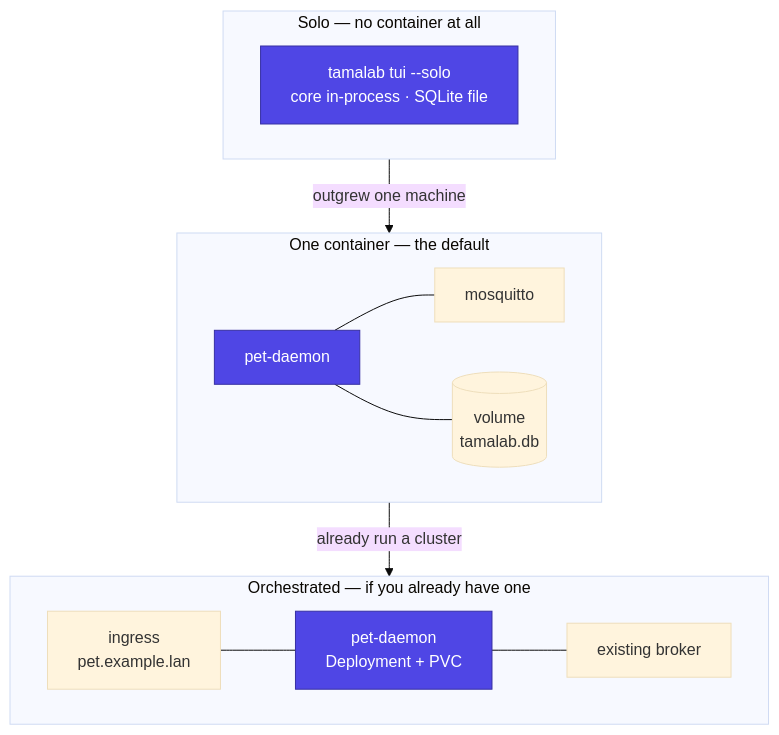
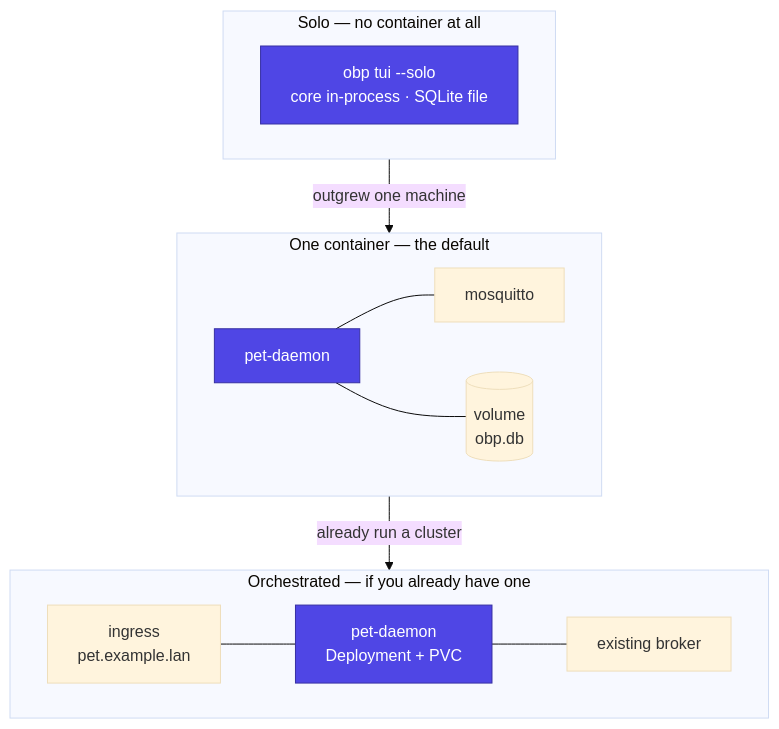
The first of 3 diagrams in docs/architecture/deployment.md (jcarranz97/open-body-protocol), drawn with Mermaid (base theme) before and after one commit. The commit also changed other lines of this file and 33 other files, not shown here.

````diff
--- a/docs/architecture/deployment.md
+++ b/docs/architecture/deployment.md
@@ -13,28 +13,28 @@
 ```mermaid
 flowchart TB
     subgraph S1["Solo — no container at all"]
-        T1["tamalab tui --solo<br/>core in-process · SQLite file"]
+        T1["obp tui --solo<br/>core in-process · SQLite file"]
     end
 
     subgraph S2["One container — the default"]
         D2["pet-daemon"]
         B2["mosquitto"]
-        V2[("volume<br/>tamalab.db")]
+        V2[("volume<br/>obp.db")]
         D2 --- B2
         D2 --- V2
     end
 
     subgraph S3["Orchestrated — if you already have one"]
         D3["pet-daemon<br/>Deployment + PVC"]
         B3["existing broker"]
         ING["ingress<br/>pet.example.lan"]
         D3 --- B3
         ING --- D3
     end
 
     S1 -->|"outgrew one machine"| S2
     S2 -->|"already run a cluster"| S3
 
     classDef core fill:#4f46e5,stroke:#3730a3,color:#fff
     class D2,D3,T1 core
 ```
````
